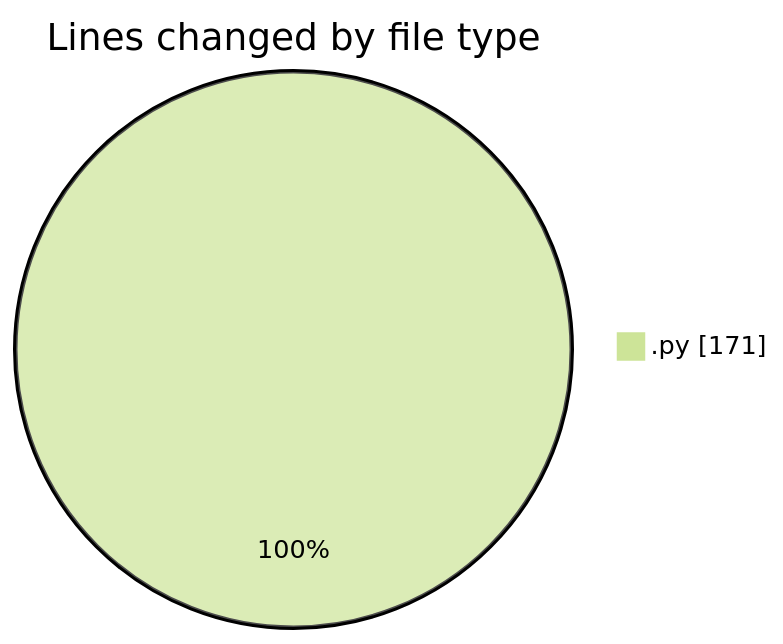
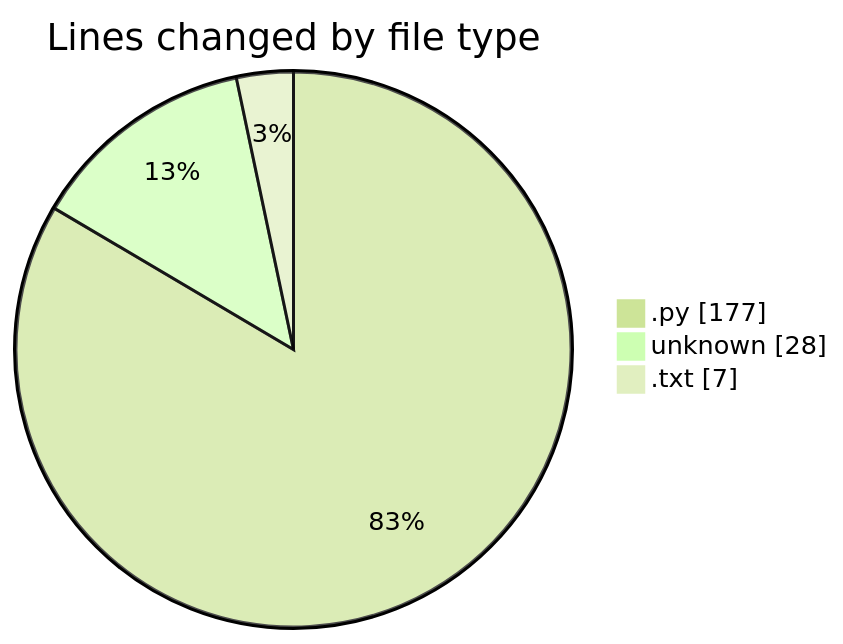
One commit to momahboobian/code-tracking changed the first of 2 diagrams in 2026-09-18/video-downloader/README.md. Above: the diagram before and after it, drawn with Mermaid (forest theme). The commit also changed other lines of this file and 1 other file, not shown here.

````diff
--- a/2026-09-18/video-downloader/README.md
+++ b/2026-09-18/video-downloader/README.md
@@ -21,5 +23,7 @@
 ```mermaid
 pie showData
 title Lines changed by file type
-".py" : 171
+".py" : 177
+"unknown" : 28
+".txt" : 7
 ```
````
